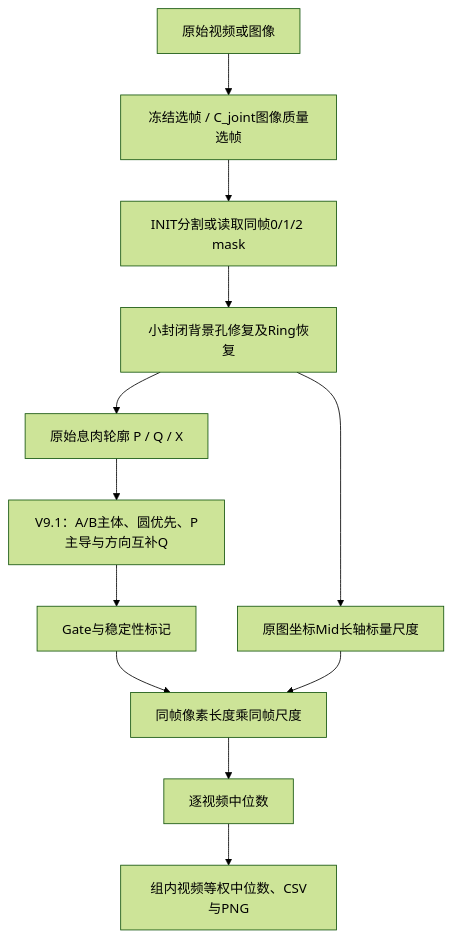
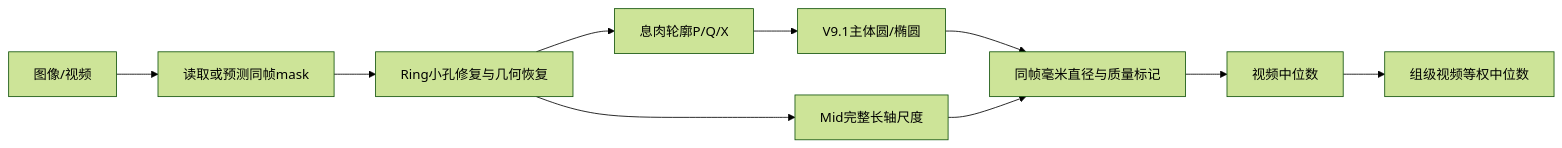
One commit to zheng1524/new-polyp-dxy changed the diagram in README.md. Above: the diagram before and after it, drawn with Mermaid (forest theme). The commit also changed other lines of this file and 197 other files, not shown here.

````diff
--- a/README.md
+++ b/README.md
@@ -19,14 +9,12 @@
 ```mermaid
-flowchart TD
-    A[原始视频或图像] --> B[冻结选帧 / C_joint图像质量选帧]
-    B --> C[INIT分割或读取同帧0/1/2 mask]
-    C --> D[小封闭背景孔修复及Ring恢复]
-    D --> E[原始息肉轮廓 P / Q / X]
-    E --> F[V9.1：A/B主体、圆优先、P主导与方向互补Q]
-    F --> G[Gate与稳定性标记]
-    D --> H[原图坐标Mid长轴标量尺度]
-    G --> I[同帧像素长度乘同帧尺度]
-    H --> I
-    I --> J[逐视频中位数]
-    J --> K[组内视频等权中位数、CSV与PNG]
+flowchart LR
+ A[图像/视频] --> B[读取或预测同帧mask]
+ B --> C[Ring小孔修复与几何恢复]
+ C --> D[息肉轮廓P/Q/X]
+ D --> E[V9.1主体圆/椭圆]
+ C --> F[Mid完整长轴尺度]
+ E --> G[同帧毫米直径与质量标记]
+ F --> G
+ G --> H[视频中位数]
+ H --> I[组级视频等权中位数]
 ```
````
